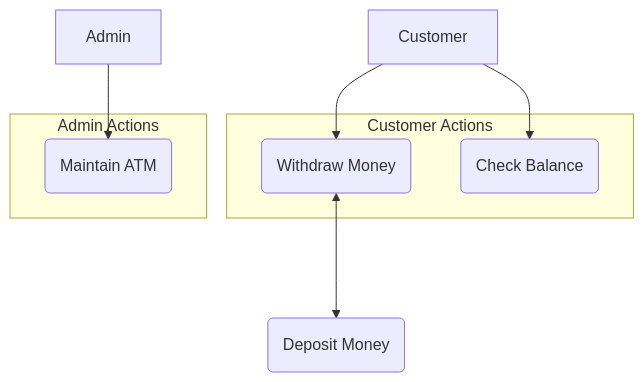
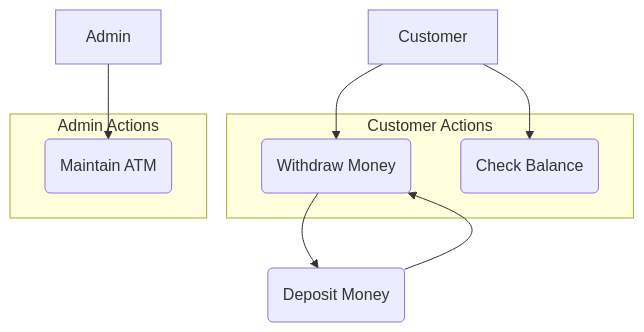
One commit to ismaelpamplona/isma.codes changed the eighth of 8 diagrams in posts/oop_design.md. Above: the diagram before and after it, drawn with Mermaid. The commit also changed other lines of this file, not shown here.

```diff
--- a/posts/oop_design.md
+++ b/posts/oop_design.md
@@ -1660,17 +1660,18 @@
 <pre class="mermaid" style="display: flex; justify-content: center;">
 flowchart TB
     subgraph CustomerActions[Customer Actions]
         C1(Withdraw Money)
         C2(Check Balance)
     end
 
     subgraph AdminActions[Admin Actions]
         A1(Maintain ATM)
     end
 
     Customer --> C1
     Customer --> C2
     Admin --> A1
 
-    C1 <---> C3(Deposit Money)
+    C1 --> C3(Deposit Money)
+    C3 --> C1
 </pre>
```
